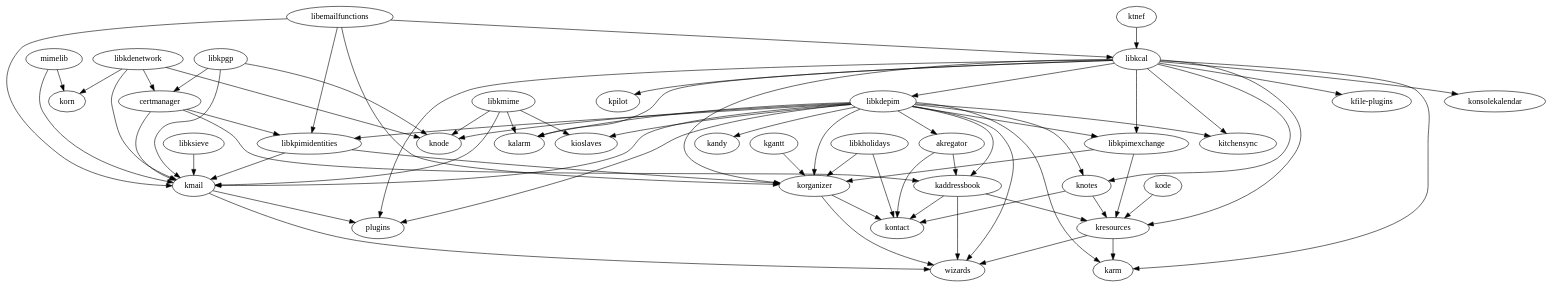
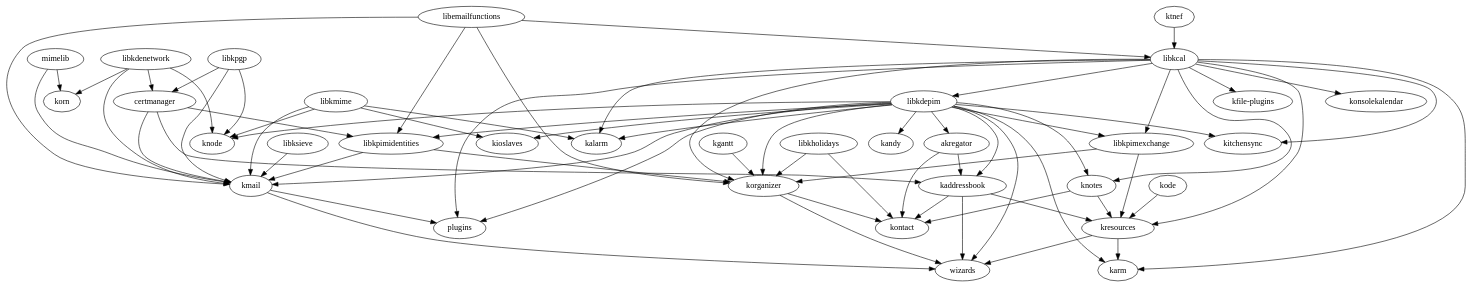
One commit to KDE/kdepim changed the diagram in dependency-graph.dot. Above: the diagram before and after it, drawn with Graphviz. The commit also changed 516 other files, not shown here.

```diff
--- a/dependency-graph.dot
+++ b/dependency-graph.dot
@@ -1,73 +1,72 @@
 # to create a ps file use 'dot -Tps -o dependency-graph.ps dependency-graph.dot' (dot it part of the graphviz package)
 digraph "inter-dependency graph for kdepim" {
         "akregator" -> "kaddressbook";
         "akregator" -> "kontact";
         "certmanager" -> "kaddressbook";
         "certmanager" -> "kmail";
         "certmanager" -> "libkpimidentities";
         "kaddressbook" -> "kontact";
         "kaddressbook" -> "kresources";
         "kaddressbook" -> "wizards";
         "kgantt" -> "korganizer";
         "kmail" -> "plugins";
         "kmail" -> "wizards";
         "knotes" -> "kontact";
         "knotes" -> "kresources";
         "kode" -> "kresources";
         "korganizer" -> "kontact";
         "korganizer" -> "wizards";
         "kresources" -> "karm";
         "kresources" -> "wizards";
         "ktnef" -> "libkcal";
         "libemailfunctions" -> "kmail";
         "libemailfunctions" -> "korganizer";
         "libemailfunctions" -> "libkcal";
         "libemailfunctions" -> "libkpimidentities";
         "libkcal" -> "kalarm";
         "libkcal" -> "karm";
         "libkcal" -> "kfile-plugins";
         "libkcal" -> "kitchensync";
         "libkcal" -> "knotes";
         "libkcal" -> "konsolekalendar";
         "libkcal" -> "korganizer";
-        "libkcal" -> "kpilot";
         "libkcal" -> "kresources";
         "libkcal" -> "libkdepim";
         "libkcal" -> "libkpimexchange";
         "libkcal" -> "plugins";
         "libkdenetwork" -> "certmanager";
         "libkdenetwork" -> "kmail";
         "libkdenetwork" -> "knode";
         "libkdenetwork" -> "korn";
         "libkdepim" -> "akregator";
         "libkdepim" -> "kaddressbook";
         "libkdepim" -> "kalarm";
         "libkdepim" -> "kandy";
         "libkdepim" -> "karm";
         "libkdepim" -> "kioslaves";
         "libkdepim" -> "kitchensync";
         "libkdepim" -> "kmail";
         "libkdepim" -> "knode";
         "libkdepim" -> "knotes";
         "libkdepim" -> "korganizer";
         "libkdepim" -> "libkpimexchange";
         "libkdepim" -> "libkpimidentities";
         "libkdepim" -> "plugins";
         "libkdepim" -> "wizards";
         "libkholidays" -> "kontact";
         "libkholidays" -> "korganizer";
         "libkmime" -> "kalarm";
         "libkmime" -> "kioslaves";
         "libkmime" -> "kmail";
         "libkmime" -> "knode";
         "libkpgp" -> "certmanager";
         "libkpgp" -> "kmail";
         "libkpgp" -> "knode";
         "libkpimexchange" -> "korganizer";
         "libkpimexchange" -> "kresources";
         "libkpimidentities" -> "kmail";
         "libkpimidentities" -> "korganizer";
         "libksieve" -> "kmail";
         "mimelib" -> "kmail";
         "mimelib" -> "korn";
 }
```
